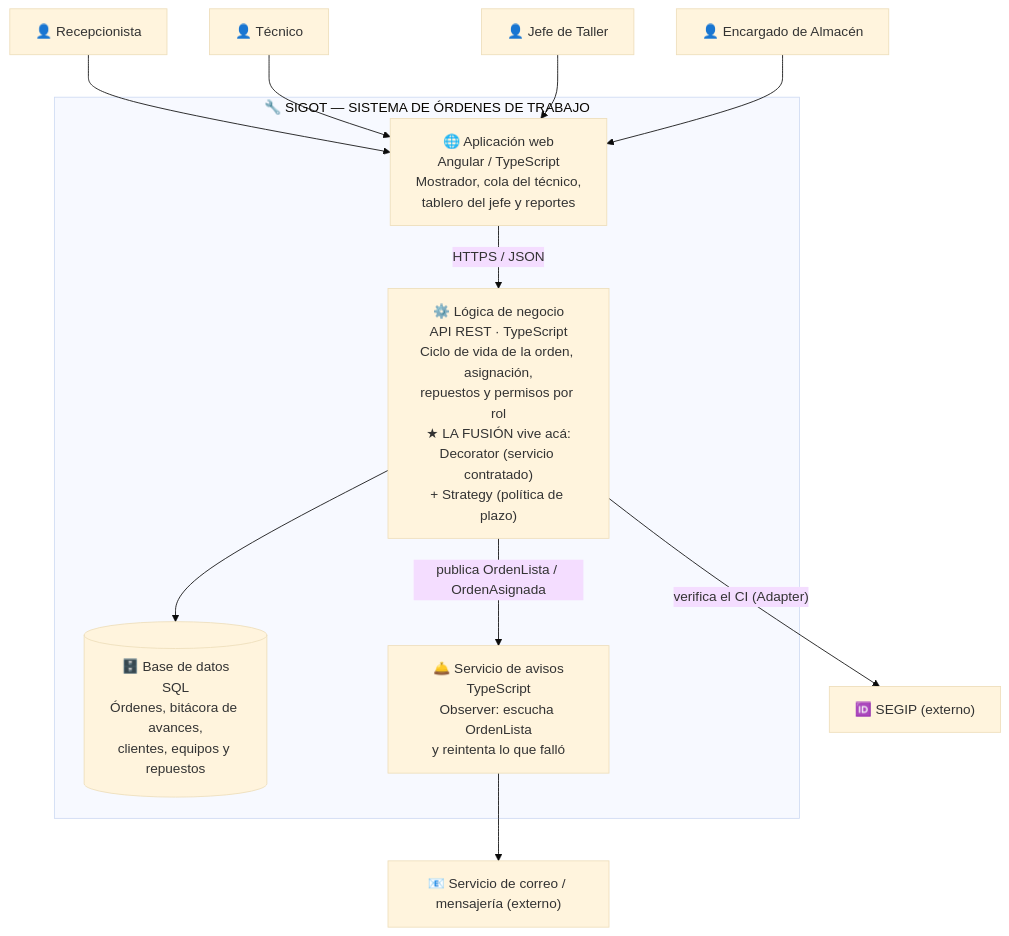
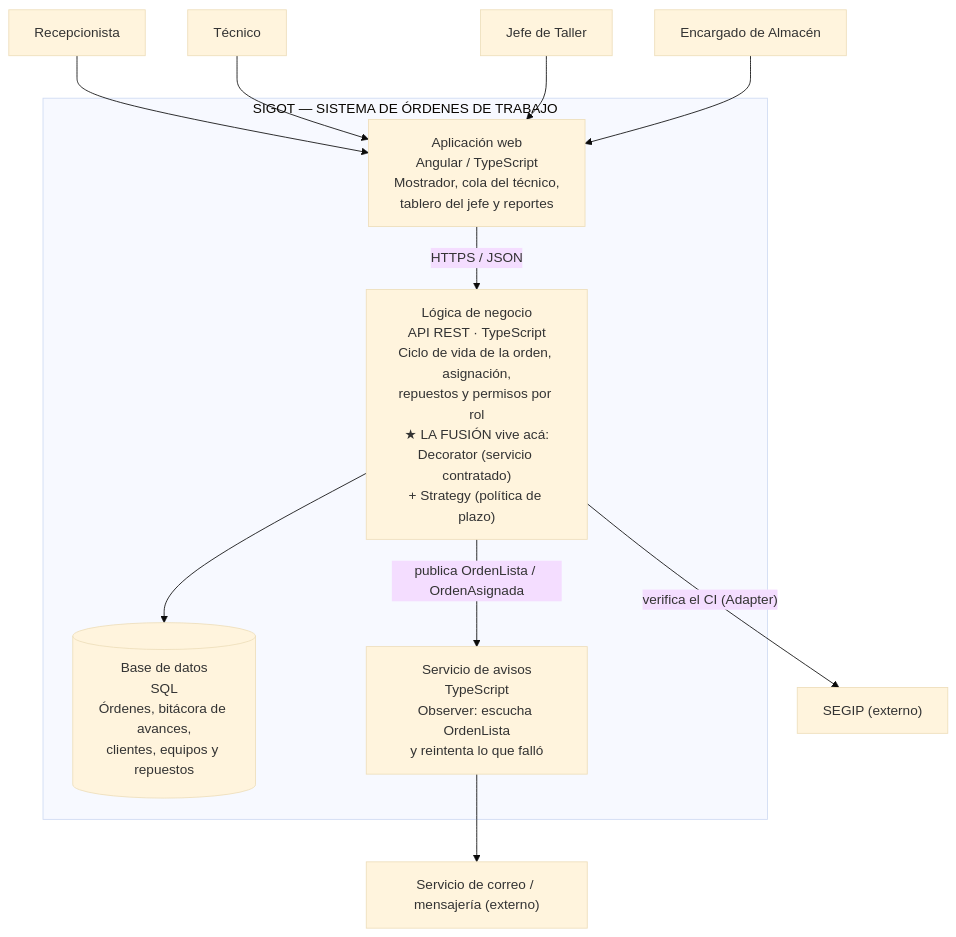
The second of 2 diagrams in h4/README.md (4ngel105/expediente-arq-ayala), drawn with Mermaid (base theme) before and after one commit. The commit also changed other lines of this file, not shown here.

Commit message:
H4: quitar los emojis de los diagramas Mermaid

````diff
--- a/h4/README.md
+++ b/h4/README.md
@@ -54,28 +54,28 @@
 ```mermaid
 flowchart TB
-    recepcionista["👤 Recepcionista"]
-    tecnico["👤 Técnico"]
-    jefe["👤 Jefe de Taller"]
-    almacen["👤 Encargado de Almacén"]
+    recepcionista["Recepcionista"]
+    tecnico["Técnico"]
+    jefe["Jefe de Taller"]
+    almacen["Encargado de Almacén"]
 
-    subgraph sigot["🔧 SIGOT — SISTEMA DE ÓRDENES DE TRABAJO"]
-        spa["🌐 Aplicación web<br>Angular / TypeScript<br>Mostrador, cola del técnico,<br>tablero del jefe y reportes"]
-        api["⚙️ Lógica de negocio<br>API REST · TypeScript<br>Ciclo de vida de la orden, asignación,<br>repuestos y permisos por rol<br>★ LA FUSIÓN vive acá:<br>Decorator (servicio contratado)<br>+ Strategy (política de plazo)"]
-        bd[("🗄️ Base de datos<br>SQL<br>Órdenes, bitácora de avances,<br>clientes, equipos y repuestos")]
-        avisos["🛎️ Servicio de avisos<br>TypeScript<br>Observer: escucha OrdenLista<br>y reintenta lo que falló"]
+    subgraph sigot["SIGOT — SISTEMA DE ÓRDENES DE TRABAJO"]
+        spa["Aplicación web<br>Angular / TypeScript<br>Mostrador, cola del técnico,<br>tablero del jefe y reportes"]
+        api["Lógica de negocio<br>API REST · TypeScript<br>Ciclo de vida de la orden, asignación,<br>repuestos y permisos por rol<br>★ LA FUSIÓN vive acá:<br>Decorator (servicio contratado)<br>+ Strategy (política de plazo)"]
+        bd[("Base de datos<br>SQL<br>Órdenes, bitácora de avances,<br>clientes, equipos y repuestos")]
+        avisos["Servicio de avisos<br>TypeScript<br>Observer: escucha OrdenLista<br>y reintenta lo que falló"]
     end
 
-    segip["🆔 SEGIP (externo)"]
-    correo["📧 Servicio de correo / mensajería (externo)"]
+    segip["SEGIP (externo)"]
+    correo["Servicio de correo / mensajería (externo)"]
 
     recepcionista --> spa
     tecnico --> spa
     jefe --> spa
     almacen --> spa
 
     spa -->|"HTTPS / JSON"| api
     api --> bd
     api -->|"verifica el CI (Adapter)"| segip
     api -->|"publica OrdenLista / OrdenAsignada"| avisos
     avisos --> correo
 ```
````
